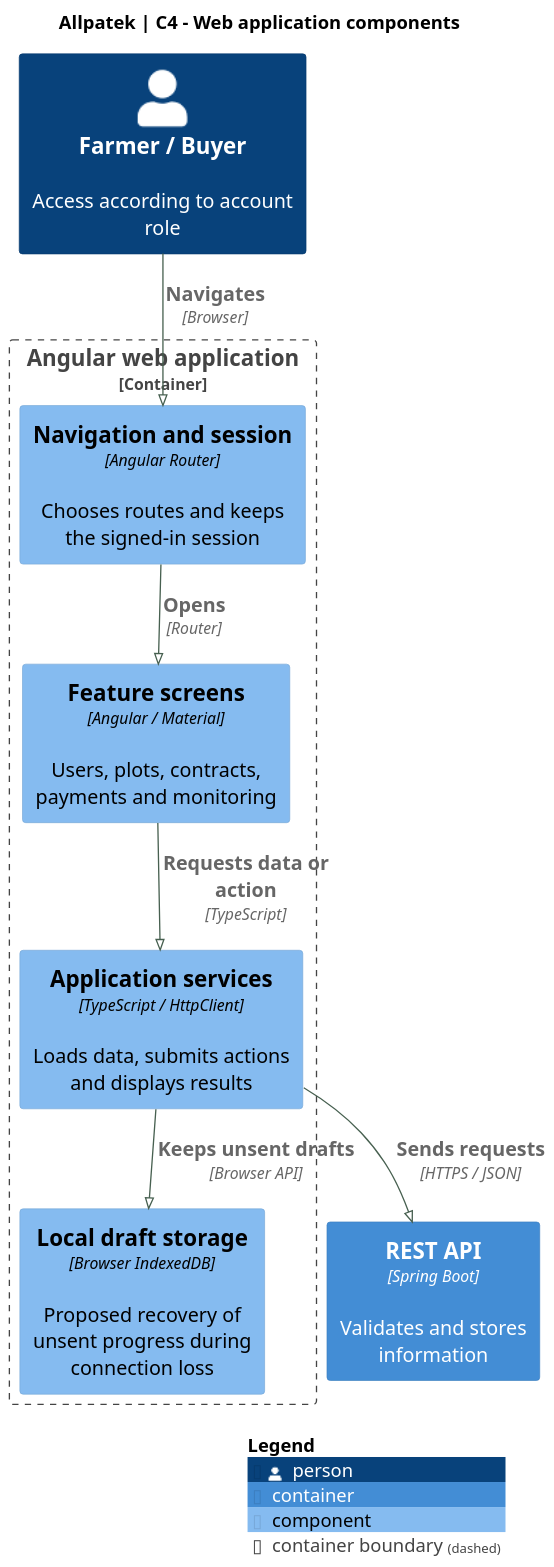
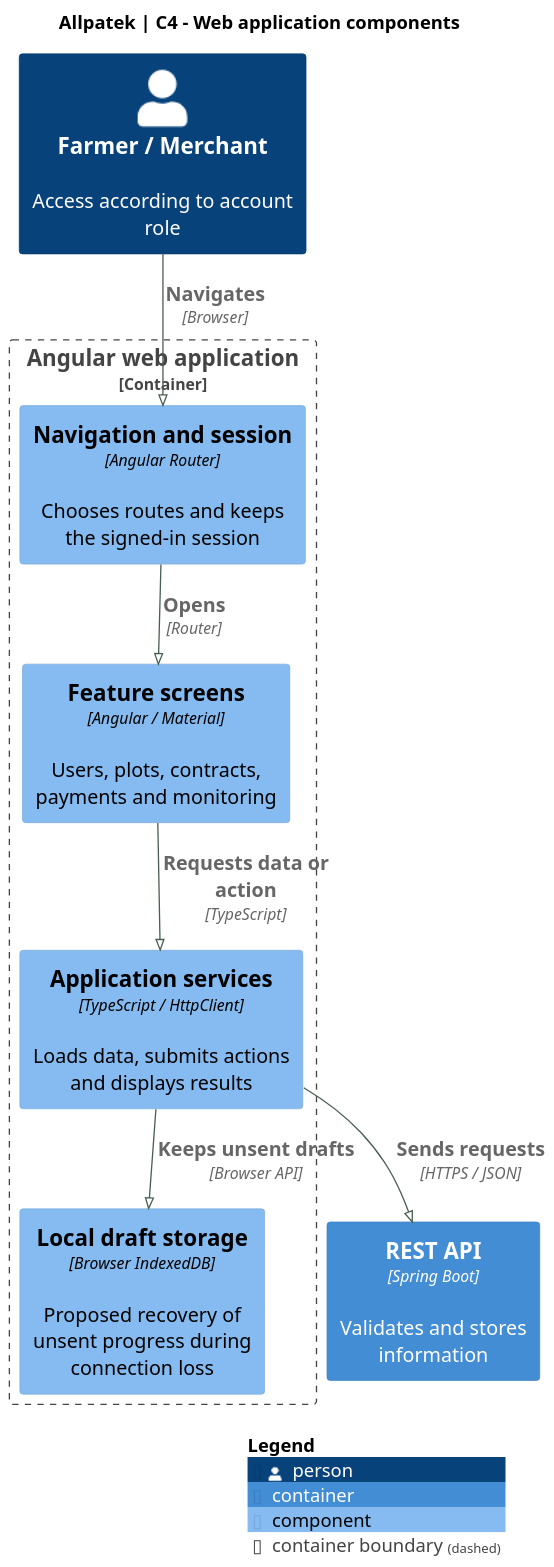
The diagram in assets/chapter-04/architecture/05-web-components.puml (upc-pre-202620-1asi0729-7753-Terranova/allpatek-report), drawn with PlantUML before and after one commit. The commit also changed 12 other files, not shown here.

Commit message:
docs(architecture): align terminology and event traceability

```diff
--- a/assets/chapter-04/architecture/05-web-components.puml
+++ b/assets/chapter-04/architecture/05-web-components.puml
@@ -1,29 +1,29 @@
 @startuml
 !pragma layout smetana
 !include <C4/C4_Component>
 skinparam backgroundColor white
 skinparam defaultFontName SansSerif
 skinparam defaultFontSize 15
 skinparam shadowing false
 skinparam classAttributeIconSize 0
 skinparam ArrowColor #476050
 skinparam dpi 140
 title Allpatek | C4 - Web application components
 
 LAYOUT_TOP_DOWN()
-Person(user,"Farmer / Buyer","Access according to account role")
+Person(user,"Farmer / Merchant","Access according to account role")
 Container_Boundary(web,"Angular web application") {
  Component(nav,"Navigation and session","Angular Router","Chooses routes and keeps the signed-in session")
  Component(views,"Feature screens","Angular / Material","Users, plots, contracts, payments and monitoring")
  Component(services,"Application services","TypeScript / HttpClient","Loads data, submits actions and displays results")
  Component(local,"Local draft storage","Browser IndexedDB","Proposed recovery of unsent progress during connection loss")
 }
 Container(api,"REST API","Spring Boot","Validates and stores information")
 Rel(user,nav,"Navigates", "Browser")
 Rel(nav,views,"Opens", "Router")
 Rel(views,services,"Requests data or action", "TypeScript")
 Rel(services,local,"Keeps unsent drafts", "Browser API")
 Rel(services,api,"Sends requests", "HTTPS / JSON")
 SHOW_LEGEND()
 
 @enduml
```
